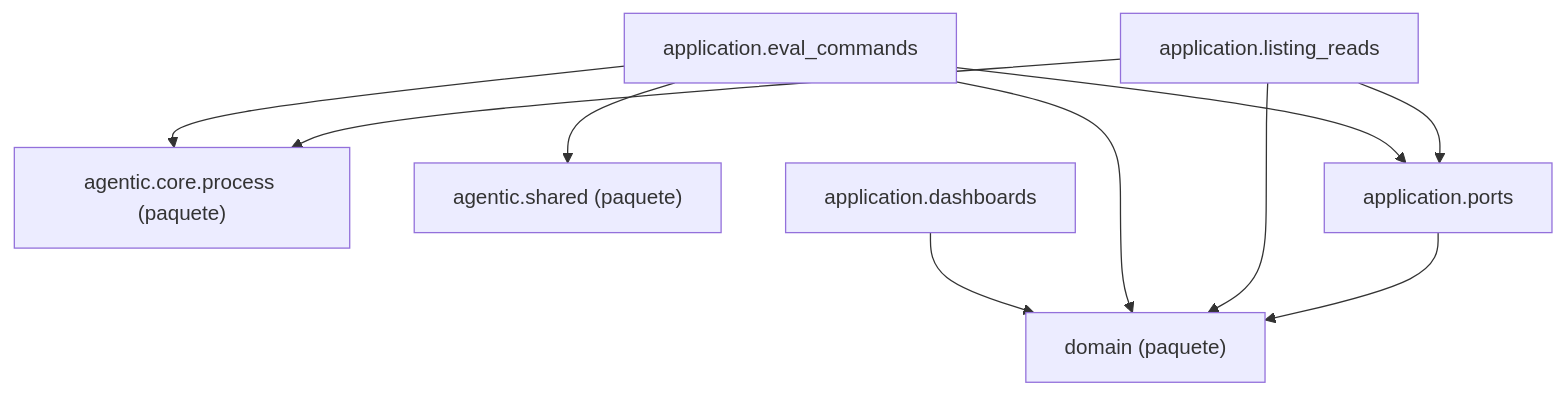
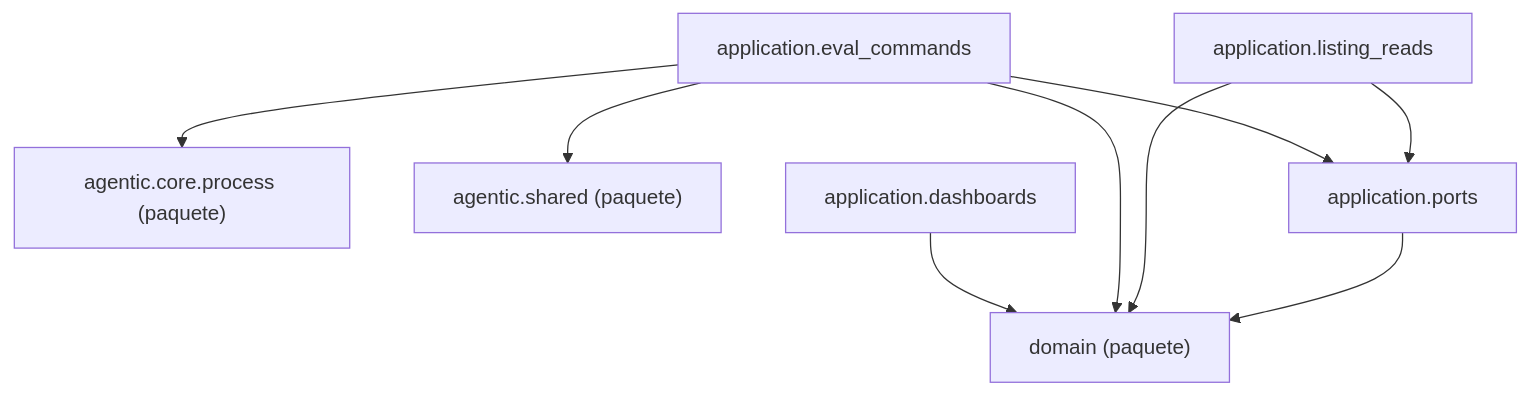
Before and after one commit to GonzaloZevallos/agentic-system: the diagram in docs/architecture/generated/packages-measurement-application.md, drawn with Mermaid. The commit also changed other lines of this file and 11 other files, not shown here.

````diff
--- a/docs/architecture/generated/packages-measurement-application.md
+++ b/docs/architecture/generated/packages-measurement-application.md
@@ -8,19 +9,18 @@
 ```mermaid
 graph TD
     g_pkg__agentic__core__process["agentic.core.process (paquete)"]
     g_pkg__agentic__shared["agentic.shared (paquete)"]
     g_pkg__domain["domain (paquete)"]
     m_application__dashboards["application.dashboards"]
     m_application__eval_commands["application.eval_commands"]
     m_application__listing_reads["application.listing_reads"]
     m_application__ports["application.ports"]
     m_application__dashboards --> g_pkg__domain
     m_application__eval_commands --> g_pkg__agentic__core__process
     m_application__eval_commands --> g_pkg__agentic__shared
     m_application__eval_commands --> g_pkg__domain
     m_application__eval_commands --> m_application__ports
-    m_application__listing_reads --> g_pkg__agentic__core__process
     m_application__listing_reads --> g_pkg__domain
     m_application__listing_reads --> m_application__ports
     m_application__ports --> g_pkg__domain
 ```
````
